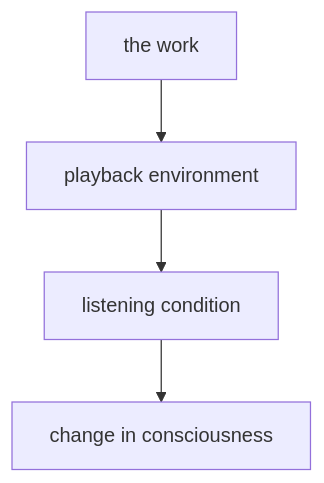
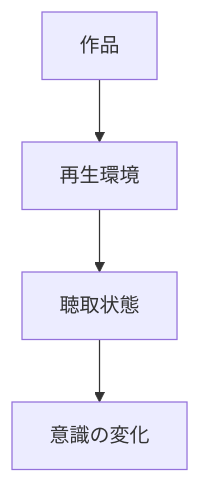
Before and after one commit to monumental-movement/monumental-movement.github.io: the diagram in en/_posts/2025-12-17-column-ambient-techno-deep-ambient2.md, drawn with Mermaid. The commit also changed other lines of this file and 2196 other files, not shown here.

```diff
--- a/en/_posts/2025-12-17-column-ambient-techno-deep-ambient2.md
+++ b/en/_posts/2025-12-17-column-ambient-techno-deep-ambient2.md
@@ -134,6 +134,6 @@
 <div class="mermaid">
 graph TD
-A[the work] --> B[playback environment]
-B --> C[listening condition]
-C --> D[change in consciousness]
+A[作品] --> B[再生環境]
+B --> C[聴取状態]
+C --> D[意識の変化]
 </div>
```
